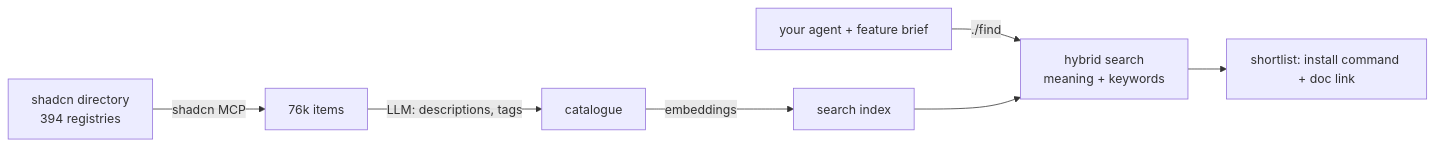
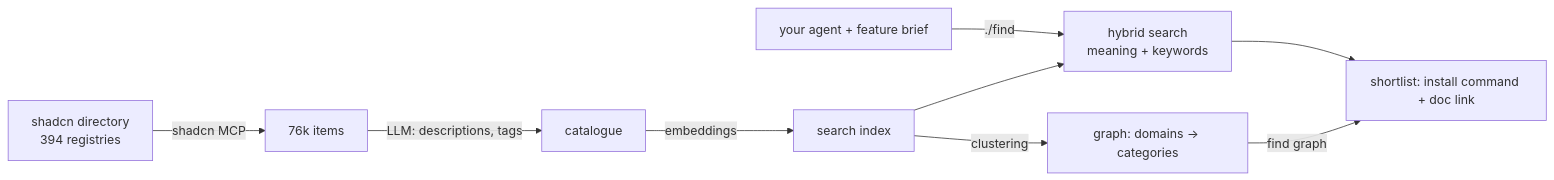
One commit to olyaee/shadcn-registry-explorer changed the diagram in README.md. Above: the diagram before and after it, drawn with Mermaid. The commit also changed other lines of this file and 1 other file, not shown here.

Commit message:
README: explain the component graph (#3)

````diff
--- a/README.md
+++ b/README.md
@@ -18,9 +18,11 @@
 ```mermaid
 flowchart LR
   A[shadcn directory<br/>394 registries] -->|shadcn MCP| B[76k items]
   B -->|LLM: descriptions, tags| C[catalogue]
   C -->|embeddings| D[search index]
+  D -->|clustering| H[graph: domains → categories]
   E[your agent + feature brief] -->|./find| F[hybrid search<br/>meaning + keywords]
   D --> F
   F --> G[shortlist: install command + doc link]
+  H -->|find graph| G
 ```
````
